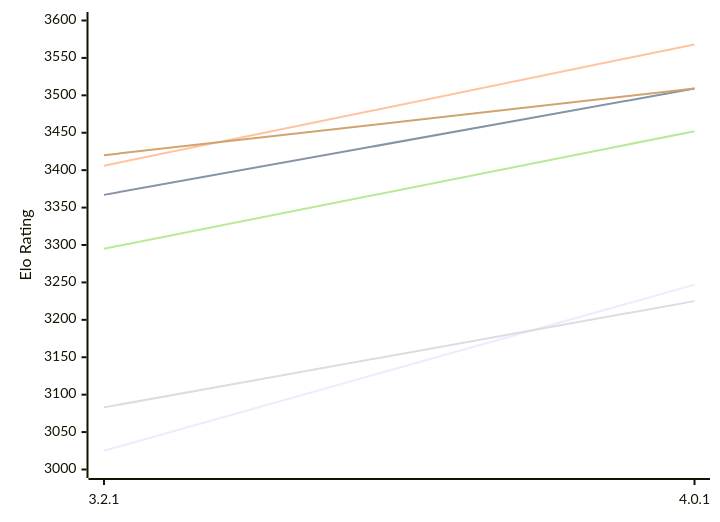
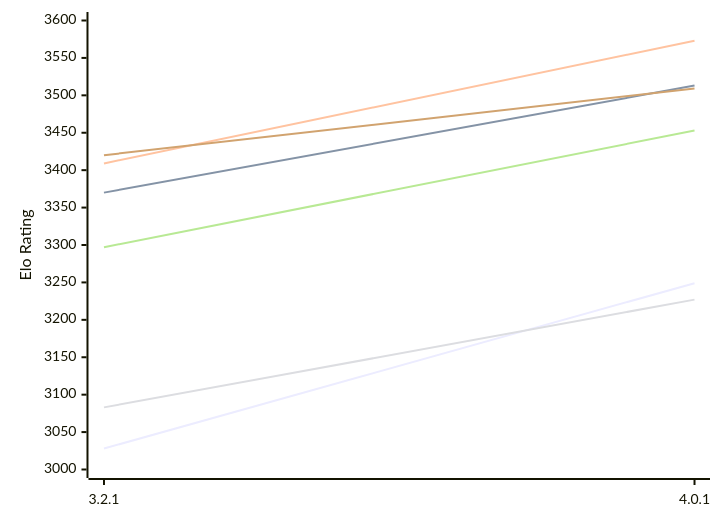
Before and after one commit to computer-chess-index/cci: the first of 2 diagrams in engines/Prune.md, drawn with Mermaid. The commit also changed other lines of this file, not shown here.

Commit message:
Update CCI Ratings (ELO VLTC) - 2026-11-22

````diff
--- a/engines/Prune.md
+++ b/engines/Prune.md
@@ -56,12 +56,12 @@
 ```mermaid
 %%{init: {"theme":"base","themeVariables":{"seriesColors:['#a3a3a3','#222221','#faa371']}}}%%
 xychart-beta
   x-axis ["3.2.1", "4.0.1"]
   y-axis "Elo Rating" 3000 --> 3600
-  line "E1: STC (8.0+0.08s)" [3025, 3247]
-  line "E1: LTC (60.0+0.60s)" [3367, 3509]
-  line "E1: VLTC (2m24s+1.12s)" [3406, 3568]
-  line "P1: STC (8.0+0.08s)" [3083, 3225]
-  line "P1: LTC (60.0+0.60s)" [3295, 3452]
+  line "E1: STC (8.0+0.08s)" [3028, 3249]
+  line "E1: LTC (60.0+0.60s)" [3370, 3513]
+  line "E1: VLTC (2m24s+1.12s)" [3409, 3573]
+  line "P1: STC (8.0+0.08s)" [3083, 3227]
+  line "P1: LTC (60.0+0.60s)" [3297, 3453]
   line "P1: VLTC (2m24s+1.12s)" [3420, 3509]
 ```
````
